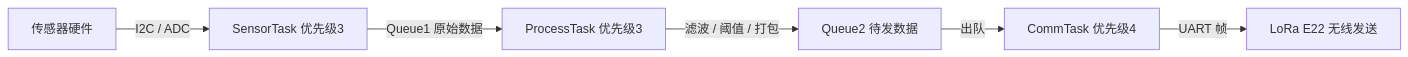
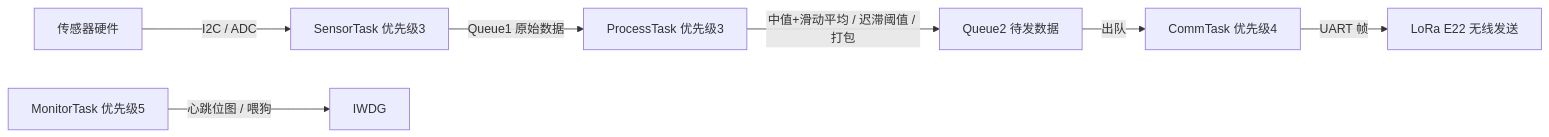
Before and after one commit to lmh666-yes/Second_Project_Demo: the diagram in S_N_sys/Project_1_检测端/检测数据端设计.md, drawn with Mermaid. The commit also changed other lines of this file and 256 other files, not shown here.

````diff
--- a/S_N_sys/Project_1_检测端/检测数据端设计.md
+++ b/S_N_sys/Project_1_检测端/检测数据端设计.md
@@ -83,8 +200,9 @@
 ```mermaid
 flowchart LR
     A["传感器硬件"] --"I2C / ADC"--> B["SensorTask 优先级3"]
     B --"Queue1 原始数据"--> C["ProcessTask 优先级3"]
-    C --"滤波 / 阈值 / 打包"--> D["Queue2 待发数据"]
+    C --"中值+滑动平均 / 迟滞阈值 / 打包"--> D["Queue2 待发数据"]
     D --"出队"--> E["CommTask 优先级4"]
     E --"UART 帧"--> F["LoRa E22 无线发送"]
+    G["MonitorTask 优先级5"] --"心跳位图 / 喂狗"--> H["IWDG"]
 ```
````
